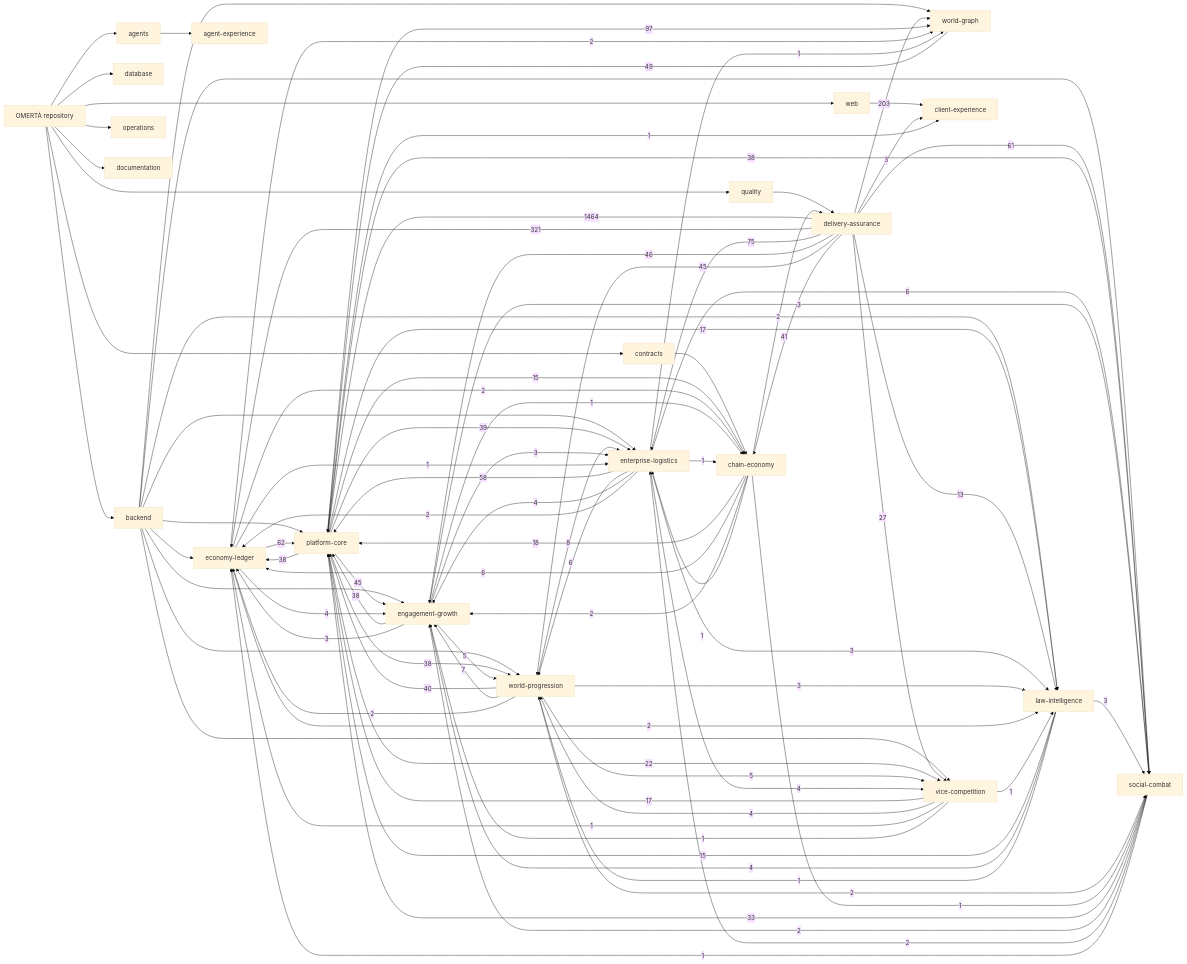
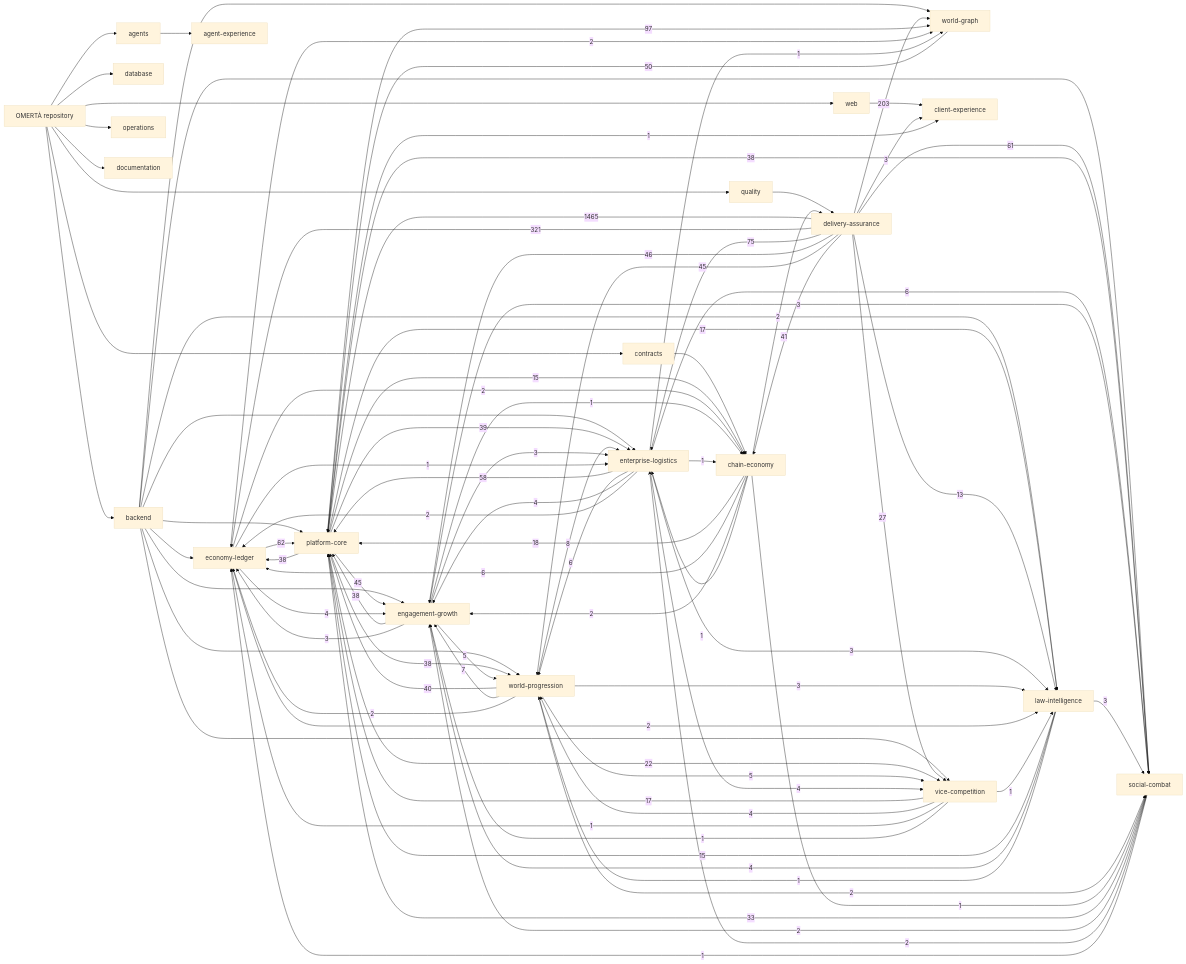
Before and after one commit to OmertaDev/Omerta: the diagram in knowledge/generated/graph.mmd, drawn with Mermaid (base theme). The commit also changed 7 other files, not shown here.

```diff
--- a/knowledge/generated/graph.mmd
+++ b/knowledge/generated/graph.mmd
@@ -1,113 +1,113 @@
 flowchart LR
   repo["OMERTÀ repository"]
   sub_backend["backend"]
   repo --> sub_backend
   sub_database["database"]
   repo --> sub_database
   sub_web["web"]
   repo --> sub_web
   sub_contracts["contracts"]
   repo --> sub_contracts
   sub_agents["agents"]
   repo --> sub_agents
   sub_quality["quality"]
   repo --> sub_quality
   sub_operations["operations"]
   repo --> sub_operations
   sub_documentation["documentation"]
   repo --> sub_documentation
   dom_platform-core["platform-core"]
   dom_economy-ledger["economy-ledger"]
   dom_social-combat["social-combat"]
   dom_world-progression["world-progression"]
   dom_world-graph["world-graph"]
   dom_enterprise-logistics["enterprise-logistics"]
   dom_vice-competition["vice-competition"]
   dom_law-intelligence["law-intelligence"]
   dom_chain-economy["chain-economy"]
   dom_engagement-growth["engagement-growth"]
   dom_client-experience["client-experience"]
   dom_agent-experience["agent-experience"]
   dom_delivery-assurance["delivery-assurance"]
   sub_agents --> dom_agent-experience
   sub_backend --> dom_economy-ledger
   sub_backend --> dom_engagement-growth
   sub_backend --> dom_enterprise-logistics
   sub_backend --> dom_law-intelligence
   sub_backend --> dom_platform-core
   sub_backend --> dom_social-combat
   sub_backend --> dom_vice-competition
   sub_backend --> dom_world-graph
   sub_backend --> dom_world-progression
   sub_contracts --> dom_chain-economy
   sub_quality --> dom_delivery-assurance
   sub_web --> dom_client-experience
-  dom_delivery-assurance -->|1464| dom_platform-core
+  dom_delivery-assurance -->|1465| dom_platform-core
   dom_delivery-assurance -->|321| dom_economy-ledger
   dom_delivery-assurance -->|203| dom_world-graph
   dom_platform-core -->|97| dom_world-graph
   dom_delivery-assurance -->|75| dom_enterprise-logistics
   dom_economy-ledger -->|62| dom_platform-core
   dom_delivery-assurance -->|61| dom_social-combat
   dom_enterprise-logistics -->|58| dom_platform-core
-  dom_world-graph -->|49| dom_platform-core
+  dom_world-graph -->|50| dom_platform-core
   dom_delivery-assurance -->|46| dom_engagement-growth
   dom_delivery-assurance -->|45| dom_world-progression
   dom_platform-core -->|45| dom_engagement-growth
   dom_delivery-assurance -->|41| dom_chain-economy
   dom_world-progression -->|40| dom_platform-core
   dom_platform-core -->|39| dom_enterprise-logistics
   dom_engagement-growth -->|38| dom_platform-core
   dom_platform-core -->|38| dom_economy-ledger
   dom_platform-core -->|38| dom_social-combat
   dom_platform-core -->|38| dom_world-progression
   dom_social-combat -->|33| dom_platform-core
   dom_delivery-assurance -->|27| dom_vice-competition
   dom_platform-core -->|22| dom_vice-competition
   dom_chain-economy -->|18| dom_platform-core
   dom_platform-core -->|17| dom_law-intelligence
   dom_vice-competition -->|17| dom_platform-core
   dom_law-intelligence -->|15| dom_platform-core
   dom_platform-core -->|15| dom_chain-economy
   dom_delivery-assurance -->|13| dom_law-intelligence
   dom_world-progression -->|8| dom_enterprise-logistics
   dom_world-progression -->|7| dom_engagement-growth
   dom_chain-economy -->|6| dom_economy-ledger
   dom_enterprise-logistics -->|6| dom_social-combat
   dom_enterprise-logistics -->|6| dom_world-progression
   dom_engagement-growth -->|5| dom_world-progression
   dom_world-progression -->|5| dom_vice-competition
   dom_economy-ledger -->|4| dom_engagement-growth
   dom_enterprise-logistics -->|4| dom_engagement-growth
   dom_enterprise-logistics -->|4| dom_vice-competition
   dom_law-intelligence -->|4| dom_engagement-growth
   dom_vice-competition -->|4| dom_world-progression
   dom_delivery-assurance -->|3| dom_client-experience
   dom_engagement-growth -->|3| dom_economy-ledger
   dom_engagement-growth -->|3| dom_enterprise-logistics
   dom_engagement-growth -->|3| dom_social-combat
   dom_enterprise-logistics -->|3| dom_law-intelligence
   dom_law-intelligence -->|3| dom_social-combat
   dom_world-progression -->|3| dom_law-intelligence
   dom_chain-economy -->|2| dom_delivery-assurance
   dom_chain-economy -->|2| dom_engagement-growth
   dom_economy-ledger -->|2| dom_chain-economy
   dom_economy-ledger -->|2| dom_law-intelligence
   dom_economy-ledger -->|2| dom_world-graph
   dom_enterprise-logistics -->|2| dom_economy-ledger
   dom_social-combat -->|2| dom_engagement-growth
   dom_social-combat -->|2| dom_enterprise-logistics
   dom_world-progression -->|2| dom_economy-ledger
   dom_world-progression -->|2| dom_social-combat
   dom_chain-economy -->|1| dom_enterprise-logistics
   dom_chain-economy -->|1| dom_social-combat
   dom_economy-ledger -->|1| dom_enterprise-logistics
   dom_engagement-growth -->|1| dom_chain-economy
   dom_enterprise-logistics -->|1| dom_chain-economy
   dom_enterprise-logistics -->|1| dom_world-graph
   dom_law-intelligence -->|1| dom_world-progression
   dom_platform-core -->|1| dom_client-experience
   dom_social-combat -->|1| dom_economy-ledger
   dom_vice-competition -->|1| dom_economy-ledger
   dom_vice-competition -->|1| dom_engagement-growth
   dom_vice-competition -->|1| dom_law-intelligence
```
